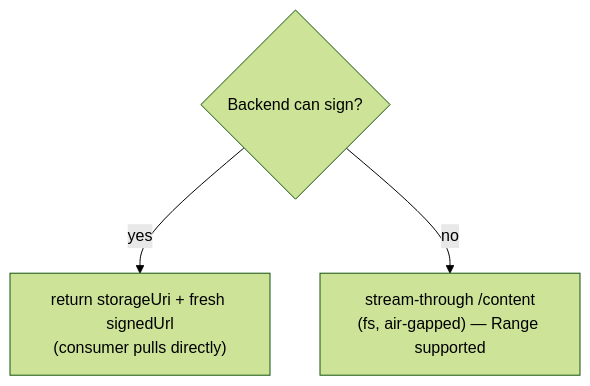
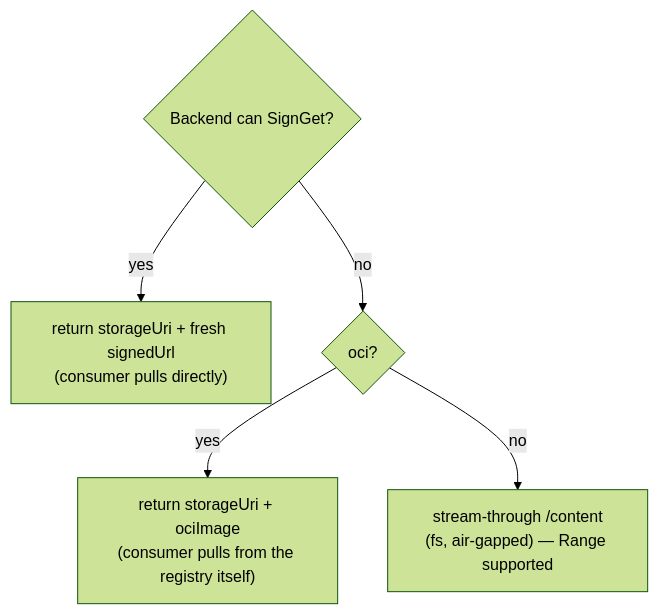
One commit to proseria-research/lineage changed the fourth of 4 diagrams in docs/05-storage-and-artifacts.md. Above: the diagram before and after it, drawn with Mermaid (forest theme). The commit also changed other lines of this file and 24 other files, not shown here.

First line of the commit message:
feat(storage): OCI/ORAS driver — a registry as a StorageBackend

````diff
--- a/docs/05-storage-and-artifacts.md
+++ b/docs/05-storage-and-artifacts.md
@@ -133,5 +208,7 @@
 ```mermaid
 flowchart TD
-    q{Backend can sign?} -- yes --> s["return storageUri + fresh signedUrl<br/>(consumer pulls directly)"]
-    q -- no --> t["stream-through /content<br/>(fs, air-gapped) — Range supported"]
+    q{Backend can SignGet?} -- yes --> s["return storageUri + fresh signedUrl<br/>(consumer pulls directly)"]
+    q -- no --> o{oci?}
+    o -- yes --> i["return storageUri + ociImage<br/>(consumer pulls from the registry itself)"]
+    o -- no --> t["stream-through /content<br/>(fs, air-gapped) — Range supported"]
 ```
````
